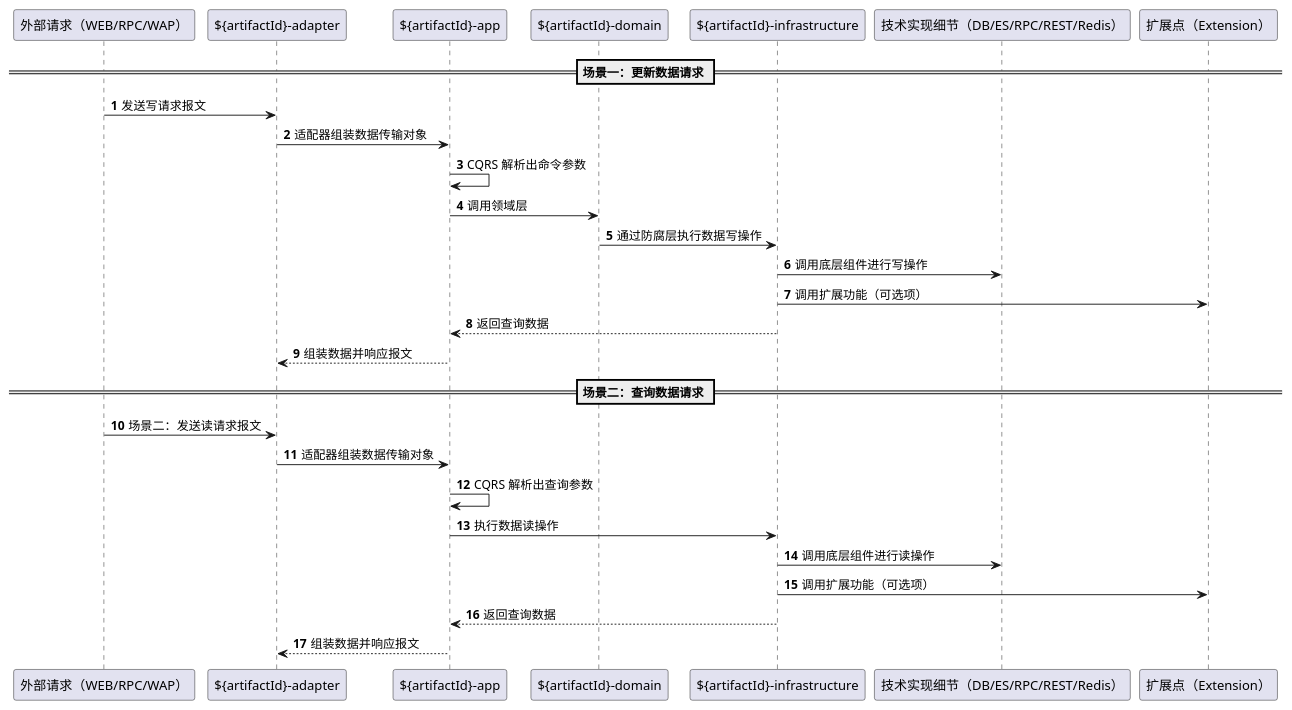
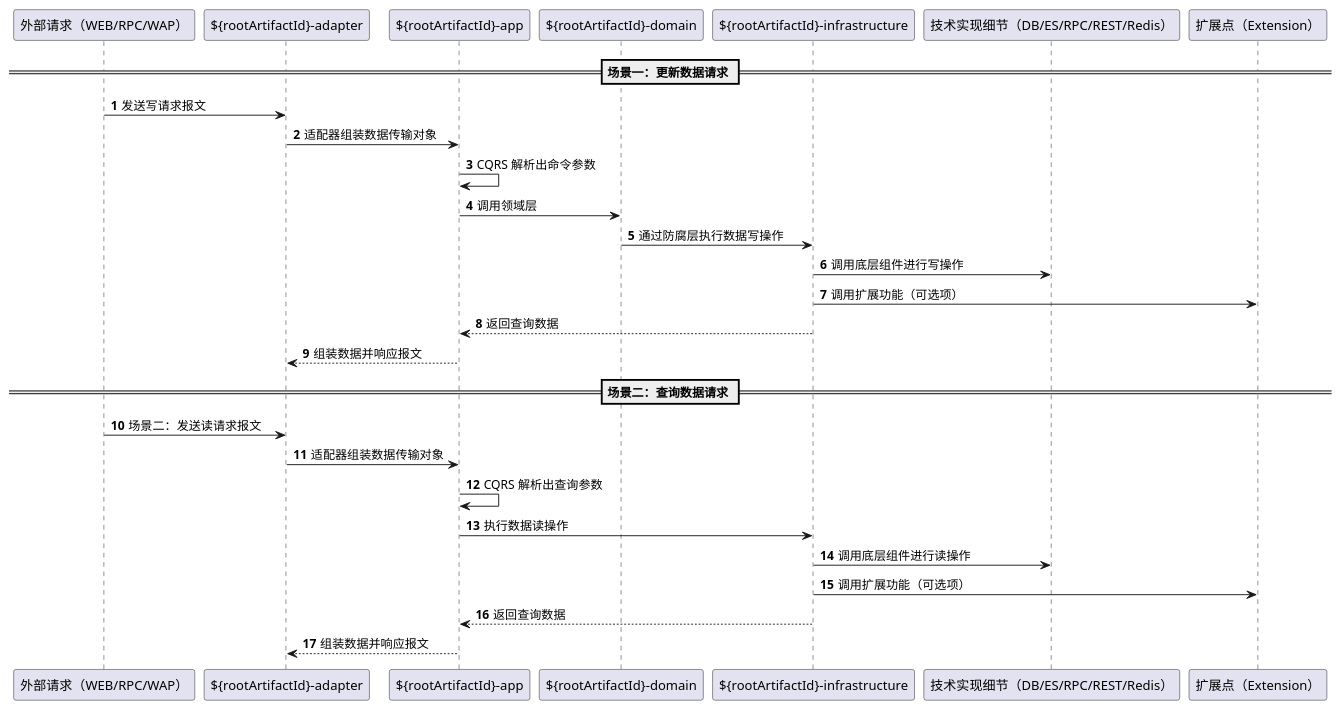
Before and after one commit to shiyindaxiaojie/eden-archetype: the diagram in eden-archetype-cola/src/main/resources/archetype-resources/src/docs/uml/sequence.puml, drawn with PlantUML. The commit also changed other lines of this file and 143 other files, not shown here.

```diff
--- a/eden-archetype-cola/src/main/resources/archetype-resources/src/docs/uml/sequence.puml
+++ b/eden-archetype-cola/src/main/resources/archetype-resources/src/docs/uml/sequence.puml
@@ -1,35 +2,35 @@
 @startuml
 
 autonumber
 
 == 场景一：更新数据请求 ==
 
-"外部请求（WEB/RPC/WAP）" -> "${artifactId}-adapter": 发送写请求报文
-"${artifactId}-adapter" -> "${artifactId}-app": 适配器组装数据传输对象
-"${artifactId}-app" -> "${artifactId}-app": CQRS 解析出命令参数
-"${artifactId}-app" -> "${artifactId}-domain": 调用领域层
-"${artifactId}-domain" -> "${artifactId}-infrastructure": 通过防腐层执行数据写操作
-"${artifactId}-infrastructure" -> "技术实现细节（DB/ES/RPC/REST/Redis）": 调用底层组件进行写操作
-"${artifactId}-infrastructure" -> "扩展点（Extension）": 调用扩展功能（可选项）
-"${artifactId}-infrastructure" --> "${artifactId}-app": 返回查询数据
-"${artifactId}-app" --> "${artifactId}-adapter": 组装数据并响应报文
+"外部请求（WEB/RPC/WAP）" -> "${rootArtifactId}-adapter": 发送写请求报文
+"${rootArtifactId}-adapter" -> "${rootArtifactId}-app": 适配器组装数据传输对象
+"${rootArtifactId}-app" -> "${rootArtifactId}-app": CQRS 解析出命令参数
+"${rootArtifactId}-app" -> "${rootArtifactId}-domain": 调用领域层
+"${rootArtifactId}-domain" -> "${rootArtifactId}-infrastructure": 通过防腐层执行数据写操作
+"${rootArtifactId}-infrastructure" -> "技术实现细节（DB/ES/RPC/REST/Redis）": 调用底层组件进行写操作
+"${rootArtifactId}-infrastructure" -> "扩展点（Extension）": 调用扩展功能（可选项）
+"${rootArtifactId}-infrastructure" --> "${rootArtifactId}-app": 返回查询数据
+"${rootArtifactId}-app" --> "${rootArtifactId}-adapter": 组装数据并响应报文
 
 == 场景二：查询数据请求 ==
 
-"外部请求（WEB/RPC/WAP）" -> "${artifactId}-adapter": 场景二：发送读请求报文
-"${artifactId}-adapter" -> "${artifactId}-app": 适配器组装数据传输对象
-"${artifactId}-app" -> "${artifactId}-app": CQRS 解析出查询参数
-"${artifactId}-app" -> "${artifactId}-infrastructure": 执行数据读操作
-"${artifactId}-infrastructure" -> "技术实现细节（DB/ES/RPC/REST/Redis）": 调用底层组件进行读操作
-"${artifactId}-infrastructure" -> "扩展点（Extension）": 调用扩展功能（可选项）
-"${artifactId}-infrastructure" --> "${artifactId}-app": 返回查询数据
-"${artifactId}-app" --> "${artifactId}-adapter": 组装数据并响应报文
+"外部请求（WEB/RPC/WAP）" -> "${rootArtifactId}-adapter": 场景二：发送读请求报文
+"${rootArtifactId}-adapter" -> "${rootArtifactId}-app": 适配器组装数据传输对象
+"${rootArtifactId}-app" -> "${rootArtifactId}-app": CQRS 解析出查询参数
+"${rootArtifactId}-app" -> "${rootArtifactId}-infrastructure": 执行数据读操作
+"${rootArtifactId}-infrastructure" -> "技术实现细节（DB/ES/RPC/REST/Redis）": 调用底层组件进行读操作
+"${rootArtifactId}-infrastructure" -> "扩展点（Extension）": 调用扩展功能（可选项）
+"${rootArtifactId}-infrastructure" --> "${rootArtifactId}-app": 返回查询数据
+"${rootArtifactId}-app" --> "${rootArtifactId}-adapter": 组装数据并响应报文
 
 
 
 
 
 
 
 
 @enduml
```
